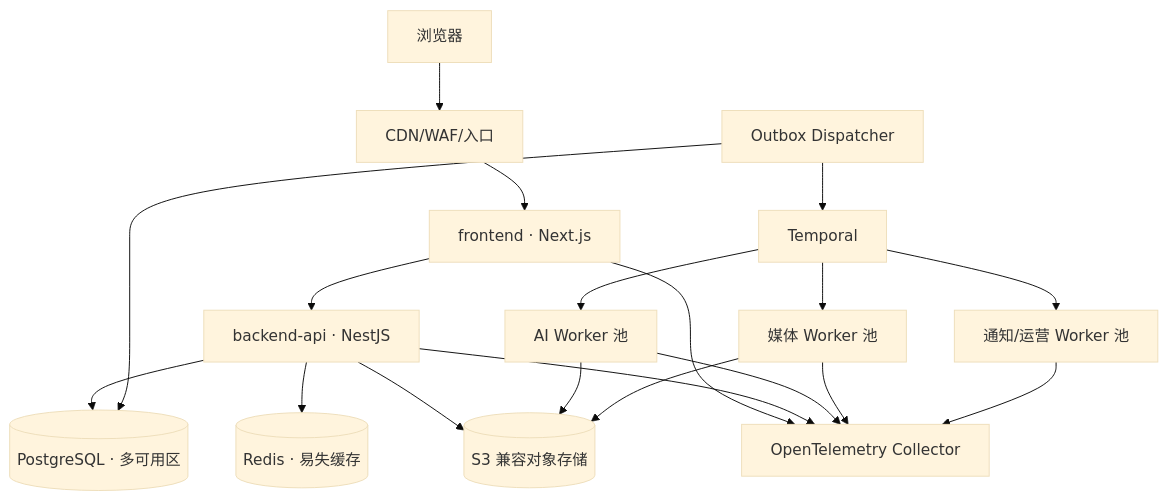
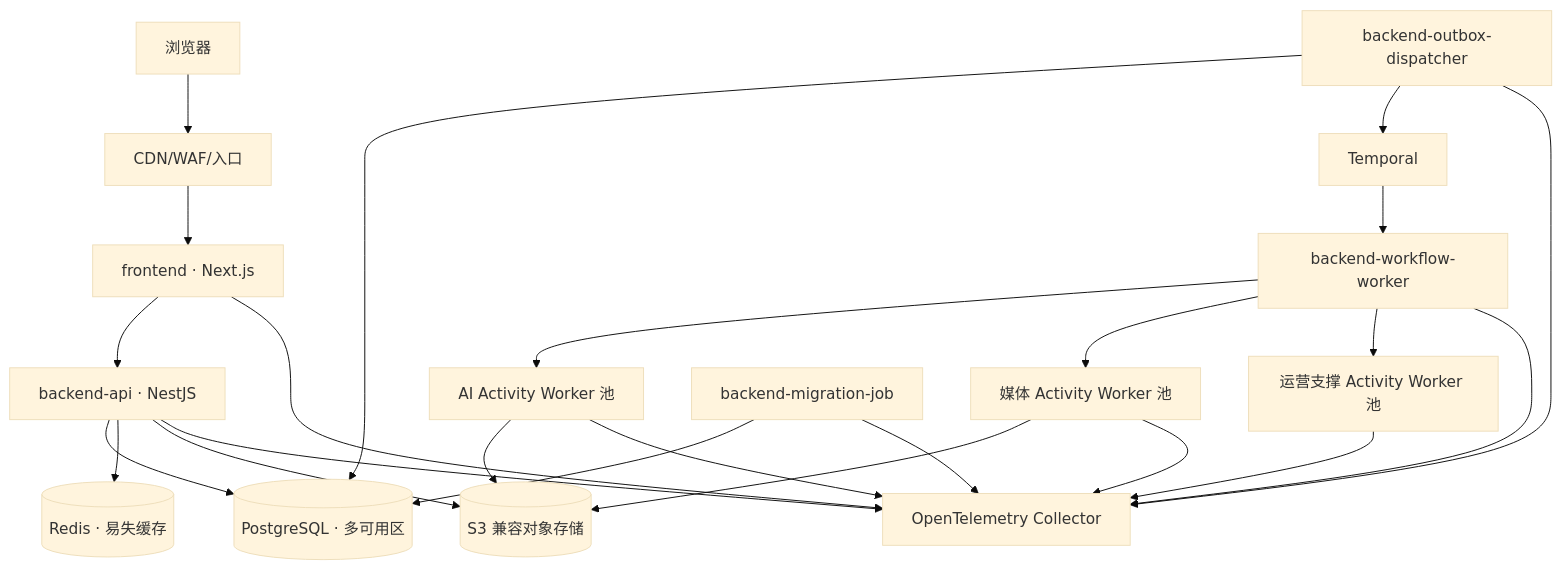
One commit to StephenQiu30/lanverse changed the diagram in docs/design/ARCH-006-部署观测灾备容量成本与测试设计.md. Above: the diagram before and after it, drawn with Mermaid (base theme). The commit also changed other lines of this file and 14 other files, not shown here.

````diff
--- a/docs/design/ARCH-006-部署观测灾备容量成本与测试设计.md
+++ b/docs/design/ARCH-006-部署观测灾备容量成本与测试设计.md
@@ -37,17 +37,19 @@
 ```mermaid
 flowchart TB
     U["浏览器"] --> E["CDN/WAF/入口"]
     E --> F["frontend · Next.js"]
     F --> A["backend-api · NestJS"]
     A --> P[("PostgreSQL · 多可用区")]
     A --> R[("Redis · 易失缓存")]
-    O["Outbox Dispatcher"] --> P
+    O["backend-outbox-dispatcher"] --> P
     O --> T["Temporal"]
-    T --> W1["AI Worker 池"]
-    T --> W2["媒体 Worker 池"]
-    T --> W3["通知/运营 Worker 池"]
+    T --> C["backend-workflow-worker"]
+    C --> W1["AI Activity Worker 池"]
+    C --> W2["媒体 Activity Worker 池"]
+    C --> W3["运营支撑 Activity Worker 池"]
+    M["backend-migration-job"] --> P
     A --> S[("S3 兼容对象存储")]
     W1 --> S
     W2 --> S
-    F & A & W1 & W2 & W3 --> X["OpenTelemetry Collector"]
+    F & A & O & C & W1 & W2 & W3 & M --> X["OpenTelemetry Collector"]
 ```
````
